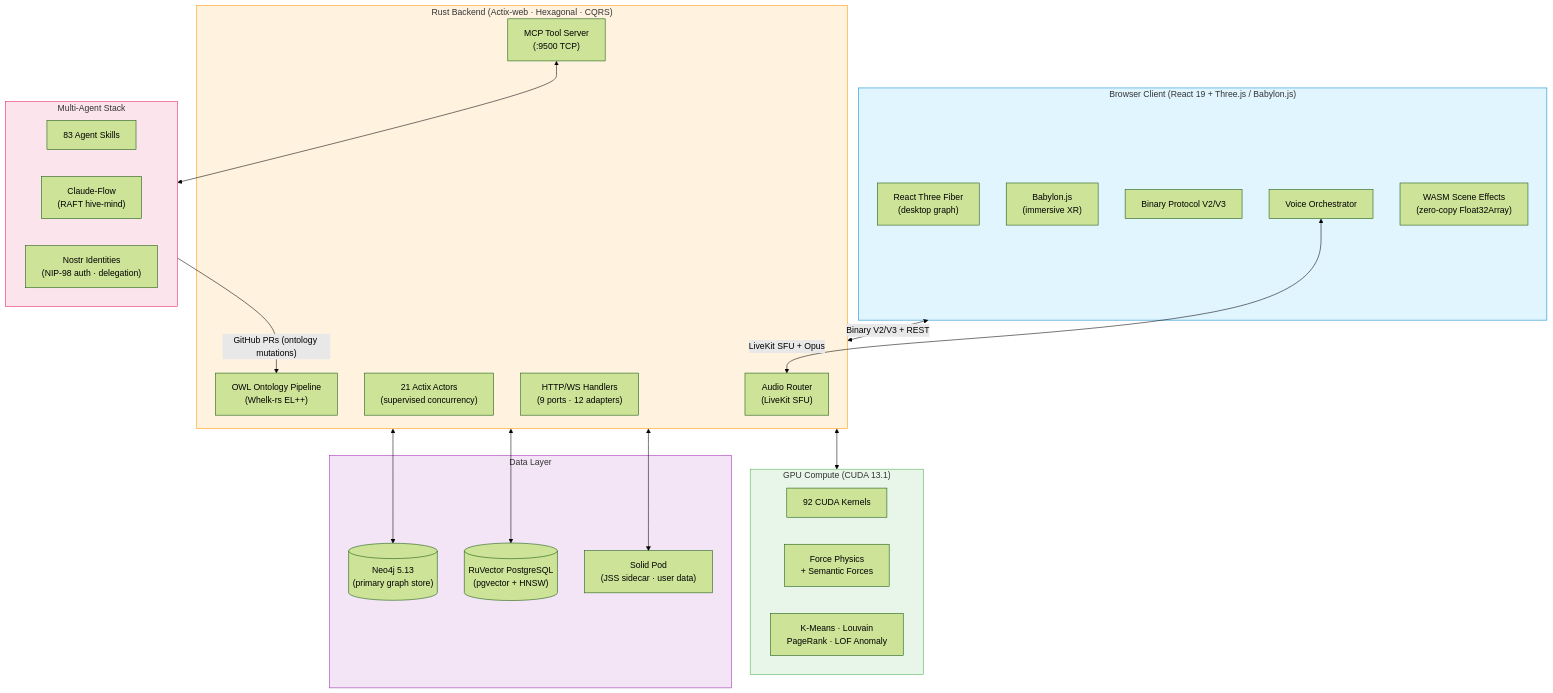
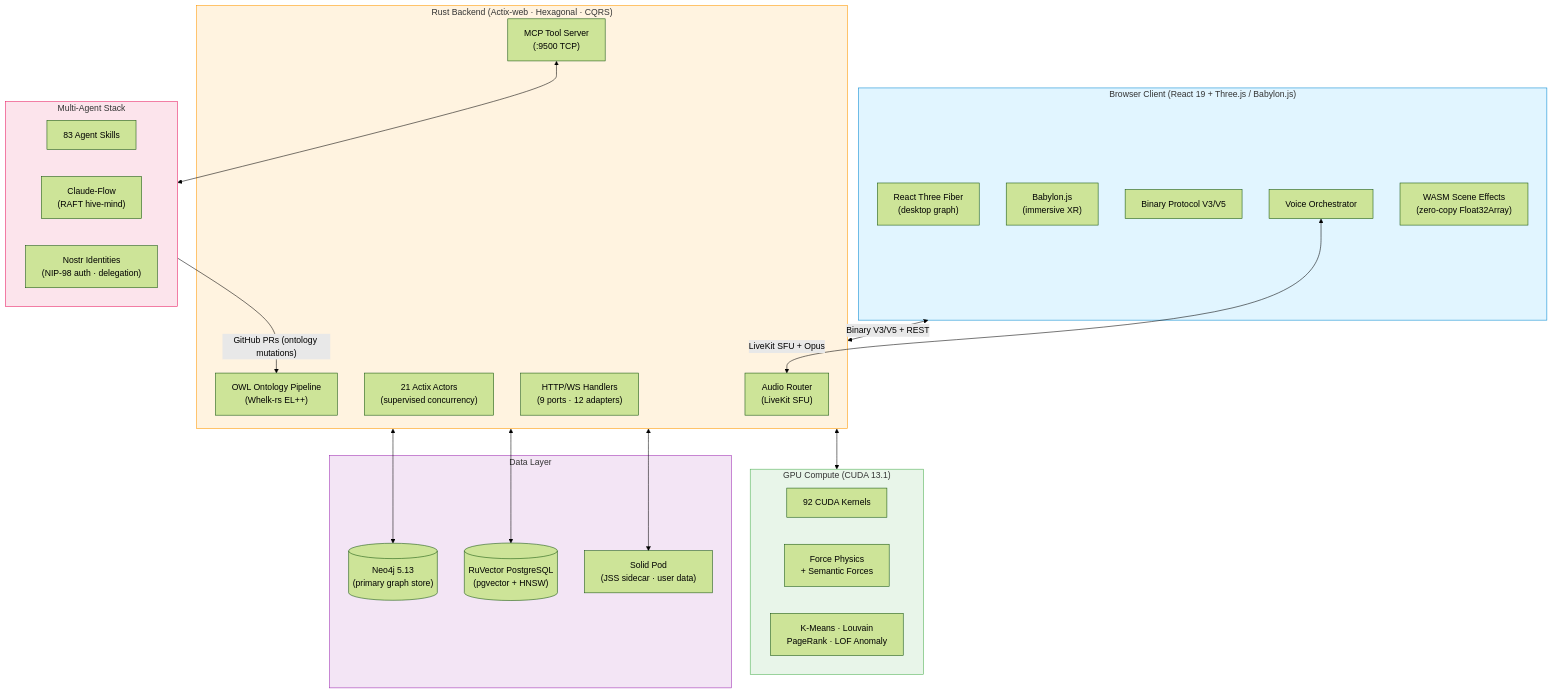
The fourth of 5 diagrams in README.md (shaneholloman/logseq-spring-thing), drawn with Mermaid (forest theme) before and after one commit. The commit also changed other lines of this file and 1 other file, not shown here.

First line of the commit message:
docs: update README for enterprise direction — positioning, capabilities, roadmap

````diff
--- a/README.md
+++ b/README.md
@@ -451,51 +473,51 @@
 ```mermaid
 flowchart TB
     subgraph Client["Browser Client (React 19 + Three.js / Babylon.js)"]
         R3F["React Three Fiber\n(desktop graph)"]
         BabylonXR["Babylon.js\n(immersive XR)"]
-        BinProto["Binary Protocol V2/V3"]
+        BinProto["Binary Protocol V3/V5"]
         Voice["Voice Orchestrator"]
         WasmFX["WASM Scene Effects\n(zero-copy Float32Array)"]
     end
 
     subgraph Server["Rust Backend (Actix-web · Hexagonal · CQRS)"]
         Handlers["HTTP/WS Handlers\n(9 ports · 12 adapters)"]
         Actors["21 Actix Actors\n(supervised concurrency)"]
         Services["OWL Ontology Pipeline\n(Whelk-rs EL++)"]
         AudioRouter["Audio Router\n(LiveKit SFU)"]
         MCP["MCP Tool Server\n(:9500 TCP)"]
     end
 
     subgraph Data["Data Layer"]
         Neo4j[("Neo4j 5.13\n(primary graph store)")]
         RuVector[("RuVector PostgreSQL\n(pgvector + HNSW)")]
         Solid["Solid Pod\n(JSS sidecar · user data)"]
     end
 
     subgraph GPU["GPU Compute (CUDA 13.1)"]
         Kernels["92 CUDA Kernels"]
         Physics["Force Physics\n+ Semantic Forces"]
         Analytics["K-Means · Louvain\nPageRank · LOF Anomaly"]
     end
 
     subgraph Agents["Multi-Agent Stack"]
         Skills["83 Agent Skills"]
         ClaudeFlow["Claude-Flow\n(RAFT hive-mind)"]
         NostrDID["Nostr Identities\n(NIP-98 auth · delegation)"]
     end
 
-    Client <-->|"Binary V2/V3 + REST"| Server
+    Client <-->|"Binary V3/V5 + REST"| Server
     Voice <-->|"LiveKit SFU + Opus"| AudioRouter
     Server <--> Neo4j
     Server <--> RuVector
     Server <--> Solid
     Server <--> GPU
     MCP <--> Agents
     Agents -->|"GitHub PRs (ontology mutations)"| Services
 
     style Client fill:#e1f5ff,stroke:#0288d1
     style Server fill:#fff3e0,stroke:#ff9800
     style Data fill:#f3e5f5,stroke:#9c27b0
     style GPU fill:#e8f5e9,stroke:#4caf50
     style Agents fill:#fce4ec,stroke:#e91e63
 ```
````
